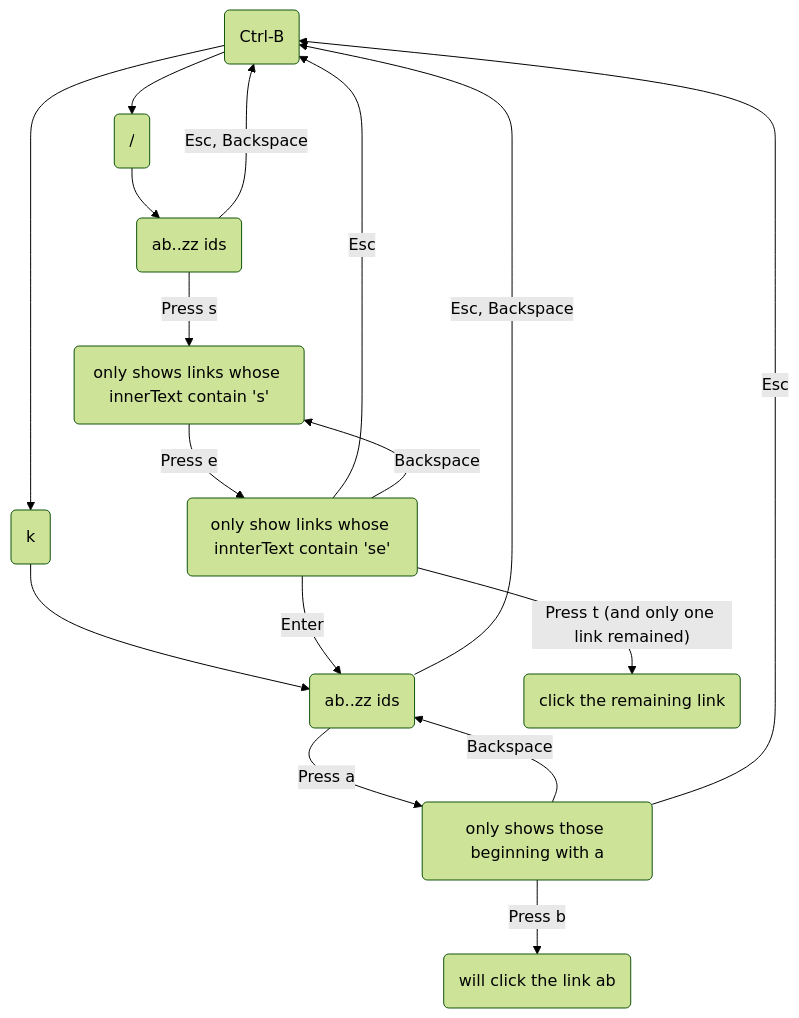
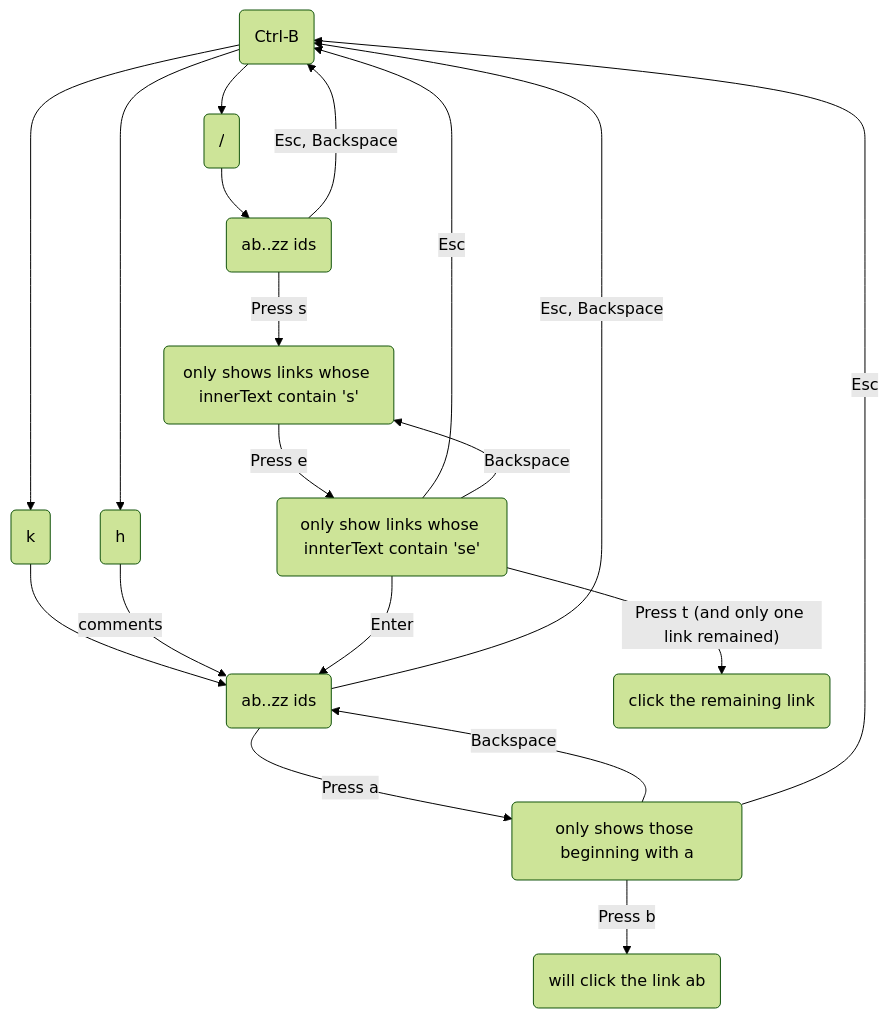
Before and after one commit to eeue56/jump-to: the diagram in README.md, drawn with Mermaid (forest theme). The commit also changed other lines of this file and 2 other files, not shown here.

Commit message:
add support for hn link jumping

````diff
--- a/README.md
+++ b/README.md
@@ -23,20 +24,22 @@
 ```mermaid
     flowchart TB
-        A(Ctrl-B) --> B(k) & V(/)
+        A(Ctrl-B) --> B(k) & V(/) & F(h)
 
         B(k) --> C(ab..zz ids)
+
+        F -- comments --> C
         C -- Esc, Backspace --> A
         C -- Press a --> D(only shows those beginning with a)
         D -- Backspace --> C
         D -- Esc --> A
         D -- Press b--> E(will click the link ab)
 
         V --> X(ab..zz ids)
         X -- Press s --> Y(only shows links whose innerText contain 's')
         X -- Esc, Backspace --> A
         Y -- Press e --> Z(only show links whose innterText contain 'se')
         Z -- Esc --> A
         Z -- Backspace --> Y
         Z -- Press t (and only one link remained) --> P(click the remaining link)
         Z -- Enter --> C
 ```
````
